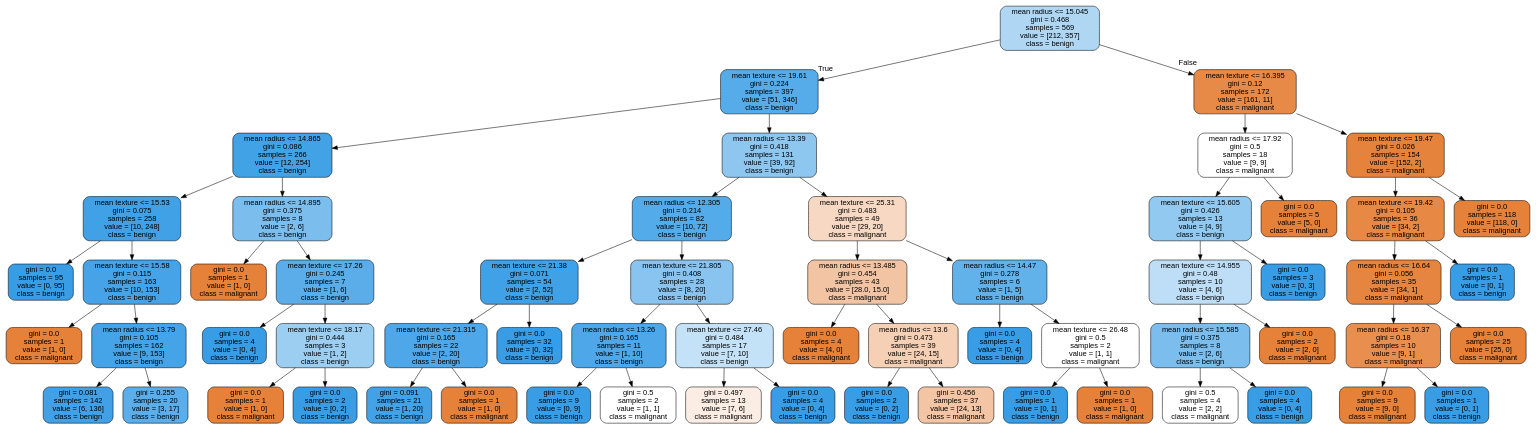
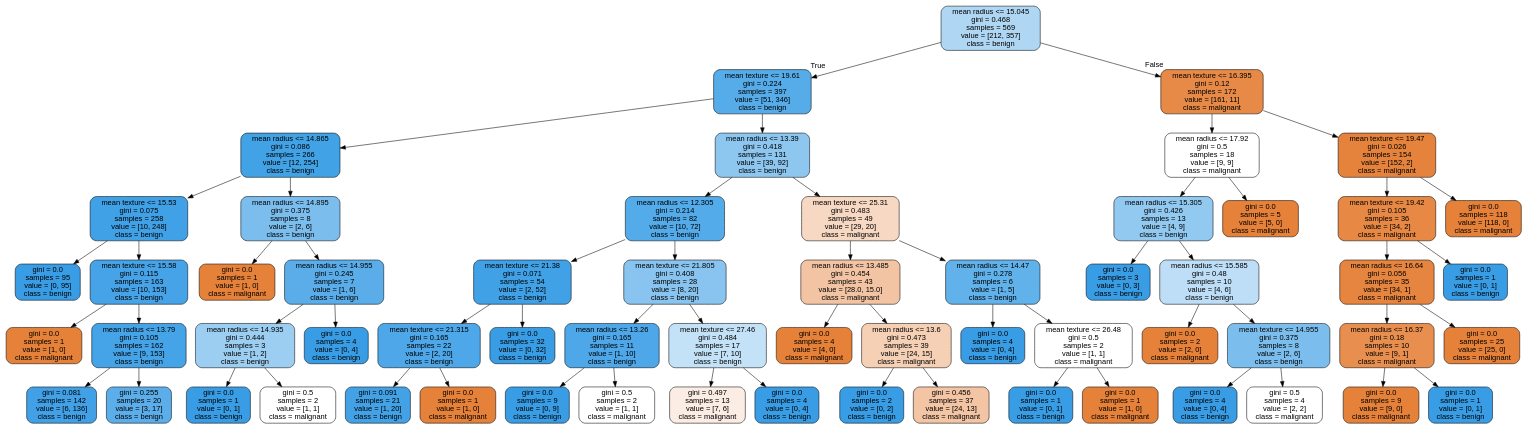
The diagram in week_4_homework/cancer images/cancer_tree_gini_deep6.dot (worachote1/Machine-Learning-Lab-KMITL), drawn with Graphviz before and after one commit. The commit also changed 12 other files, not shown here.

```diff
--- a/week_4_homework/cancer images/cancer_tree_gini_deep6.dot
+++ b/week_4_homework/cancer images/cancer_tree_gini_deep6.dot
@@ -1,125 +1,125 @@
 digraph Tree {
 node [shape=box, style="filled, rounded", color="black", fontname="helvetica"] ;
 edge [fontname="helvetica"] ;
 0 [label="mean radius <= 15.045\ngini = 0.468\nsamples = 569\nvalue = [212, 357]\nclass = benign", fillcolor="#afd7f4"] ;
 1 [label="mean texture <= 19.61\ngini = 0.224\nsamples = 397\nvalue = [51, 346]\nclass = benign", fillcolor="#56abe9"] ;
 0 -> 1 [labeldistance=2.5, labelangle=45, headlabel="True"] ;
 2 [label="mean radius <= 14.865\ngini = 0.086\nsamples = 266\nvalue = [12, 254]\nclass = benign", fillcolor="#42a2e6"] ;
 1 -> 2 ;
 3 [label="mean texture <= 15.53\ngini = 0.075\nsamples = 258\nvalue = [10, 248]\nclass = benign", fillcolor="#41a1e6"] ;
 2 -> 3 ;
 4 [label="gini = 0.0\nsamples = 95\nvalue = [0, 95]\nclass = benign", fillcolor="#399de5"] ;
 3 -> 4 ;
 5 [label="mean texture <= 15.58\ngini = 0.115\nsamples = 163\nvalue = [10, 153]\nclass = benign", fillcolor="#46a3e7"] ;
 3 -> 5 ;
 6 [label="gini = 0.0\nsamples = 1\nvalue = [1, 0]\nclass = malignant", fillcolor="#e58139"] ;
 5 -> 6 ;
 7 [label="mean radius <= 13.79\ngini = 0.105\nsamples = 162\nvalue = [9, 153]\nclass = benign", fillcolor="#45a3e7"] ;
 5 -> 7 ;
 8 [label="gini = 0.081\nsamples = 142\nvalue = [6, 136]\nclass = benign", fillcolor="#42a1e6"] ;
 7 -> 8 ;
 9 [label="gini = 0.255\nsamples = 20\nvalue = [3, 17]\nclass = benign", fillcolor="#5caeea"] ;
 7 -> 9 ;
 10 [label="mean radius <= 14.895\ngini = 0.375\nsamples = 8\nvalue = [2, 6]\nclass = benign", fillcolor="#7bbeee"] ;
 2 -> 10 ;
 11 [label="gini = 0.0\nsamples = 1\nvalue = [1, 0]\nclass = malignant", fillcolor="#e58139"] ;
 10 -> 11 ;
-12 [label="mean texture <= 17.26\ngini = 0.245\nsamples = 7\nvalue = [1, 6]\nclass = benign", fillcolor="#5aade9"] ;
+12 [label="mean radius <= 14.955\ngini = 0.245\nsamples = 7\nvalue = [1, 6]\nclass = benign", fillcolor="#5aade9"] ;
 10 -> 12 ;
-13 [label="gini = 0.0\nsamples = 4\nvalue = [0, 4]\nclass = benign", fillcolor="#399de5"] ;
+13 [label="mean radius <= 14.935\ngini = 0.444\nsamples = 3\nvalue = [1, 2]\nclass = benign", fillcolor="#9ccef2"] ;
 12 -> 13 ;
-14 [label="mean texture <= 18.17\ngini = 0.444\nsamples = 3\nvalue = [1, 2]\nclass = benign", fillcolor="#9ccef2"] ;
-12 -> 14 ;
-15 [label="gini = 0.0\nsamples = 1\nvalue = [1, 0]\nclass = malignant", fillcolor="#e58139"] ;
-14 -> 15 ;
-16 [label="gini = 0.0\nsamples = 2\nvalue = [0, 2]\nclass = benign", fillcolor="#399de5"] ;
-14 -> 16 ;
+14 [label="gini = 0.0\nsamples = 1\nvalue = [0, 1]\nclass = benign", fillcolor="#399de5"] ;
+13 -> 14 ;
+15 [label="gini = 0.5\nsamples = 2\nvalue = [1, 1]\nclass = malignant", fillcolor="#ffffff"] ;
+13 -> 15 ;
+16 [label="gini = 0.0\nsamples = 4\nvalue = [0, 4]\nclass = benign", fillcolor="#399de5"] ;
+12 -> 16 ;
 17 [label="mean radius <= 13.39\ngini = 0.418\nsamples = 131\nvalue = [39, 92]\nclass = benign", fillcolor="#8dc7f0"] ;
 1 -> 17 ;
 18 [label="mean radius <= 12.305\ngini = 0.214\nsamples = 82\nvalue = [10, 72]\nclass = benign", fillcolor="#54abe9"] ;
 17 -> 18 ;
 19 [label="mean texture <= 21.38\ngini = 0.071\nsamples = 54\nvalue = [2, 52]\nclass = benign", fillcolor="#41a1e6"] ;
 18 -> 19 ;
 20 [label="mean texture <= 21.315\ngini = 0.165\nsamples = 22\nvalue = [2, 20]\nclass = benign", fillcolor="#4da7e8"] ;
 19 -> 20 ;
 21 [label="gini = 0.091\nsamples = 21\nvalue = [1, 20]\nclass = benign", fillcolor="#43a2e6"] ;
 20 -> 21 ;
 22 [label="gini = 0.0\nsamples = 1\nvalue = [1, 0]\nclass = malignant", fillcolor="#e58139"] ;
 20 -> 22 ;
 23 [label="gini = 0.0\nsamples = 32\nvalue = [0, 32]\nclass = benign", fillcolor="#399de5"] ;
 19 -> 23 ;
 24 [label="mean texture <= 21.805\ngini = 0.408\nsamples = 28\nvalue = [8, 20]\nclass = benign", fillcolor="#88c4ef"] ;
 18 -> 24 ;
 25 [label="mean radius <= 13.26\ngini = 0.165\nsamples = 11\nvalue = [1, 10]\nclass = benign", fillcolor="#4da7e8"] ;
 24 -> 25 ;
 26 [label="gini = 0.0\nsamples = 9\nvalue = [0, 9]\nclass = benign", fillcolor="#399de5"] ;
 25 -> 26 ;
 27 [label="gini = 0.5\nsamples = 2\nvalue = [1, 1]\nclass = malignant", fillcolor="#ffffff"] ;
 25 -> 27 ;
 28 [label="mean texture <= 27.46\ngini = 0.484\nsamples = 17\nvalue = [7, 10]\nclass = benign", fillcolor="#c4e2f7"] ;
 24 -> 28 ;
 29 [label="gini = 0.497\nsamples = 13\nvalue = [7, 6]\nclass = malignant", fillcolor="#fbede3"] ;
 28 -> 29 ;
 30 [label="gini = 0.0\nsamples = 4\nvalue = [0, 4]\nclass = benign", fillcolor="#399de5"] ;
 28 -> 30 ;
 31 [label="mean texture <= 25.31\ngini = 0.483\nsamples = 49\nvalue = [29, 20]\nclass = malignant", fillcolor="#f7d8c2"] ;
 17 -> 31 ;
 32 [label="mean radius <= 13.485\ngini = 0.454\nsamples = 43\nvalue = [28.0, 15.0]\nclass = malignant", fillcolor="#f3c4a3"] ;
 31 -> 32 ;
 33 [label="gini = 0.0\nsamples = 4\nvalue = [4, 0]\nclass = malignant", fillcolor="#e58139"] ;
 32 -> 33 ;
 34 [label="mean radius <= 13.6\ngini = 0.473\nsamples = 39\nvalue = [24, 15]\nclass = malignant", fillcolor="#f5d0b5"] ;
 32 -> 34 ;
 35 [label="gini = 0.0\nsamples = 2\nvalue = [0, 2]\nclass = benign", fillcolor="#399de5"] ;
 34 -> 35 ;
 36 [label="gini = 0.456\nsamples = 37\nvalue = [24, 13]\nclass = malignant", fillcolor="#f3c5a4"] ;
 34 -> 36 ;
 37 [label="mean radius <= 14.47\ngini = 0.278\nsamples = 6\nvalue = [1, 5]\nclass = benign", fillcolor="#61b1ea"] ;
 31 -> 37 ;
 38 [label="gini = 0.0\nsamples = 4\nvalue = [0, 4]\nclass = benign", fillcolor="#399de5"] ;
 37 -> 38 ;
 39 [label="mean texture <= 26.48\ngini = 0.5\nsamples = 2\nvalue = [1, 1]\nclass = malignant", fillcolor="#ffffff"] ;
 37 -> 39 ;
 40 [label="gini = 0.0\nsamples = 1\nvalue = [0, 1]\nclass = benign", fillcolor="#399de5"] ;
 39 -> 40 ;
 41 [label="gini = 0.0\nsamples = 1\nvalue = [1, 0]\nclass = malignant", fillcolor="#e58139"] ;
 39 -> 41 ;
 42 [label="mean texture <= 16.395\ngini = 0.12\nsamples = 172\nvalue = [161, 11]\nclass = malignant", fillcolor="#e78a47"] ;
 0 -> 42 [labeldistance=2.5, labelangle=-45, headlabel="False"] ;
 43 [label="mean radius <= 17.92\ngini = 0.5\nsamples = 18\nvalue = [9, 9]\nclass = malignant", fillcolor="#ffffff"] ;
 42 -> 43 ;
-44 [label="mean texture <= 15.605\ngini = 0.426\nsamples = 13\nvalue = [4, 9]\nclass = benign", fillcolor="#91c9f1"] ;
+44 [label="mean radius <= 15.305\ngini = 0.426\nsamples = 13\nvalue = [4, 9]\nclass = benign", fillcolor="#91c9f1"] ;
 43 -> 44 ;
-45 [label="mean texture <= 14.955\ngini = 0.48\nsamples = 10\nvalue = [4, 6]\nclass = benign", fillcolor="#bddef6"] ;
+45 [label="gini = 0.0\nsamples = 3\nvalue = [0, 3]\nclass = benign", fillcolor="#399de5"] ;
 44 -> 45 ;
-46 [label="mean radius <= 15.585\ngini = 0.375\nsamples = 8\nvalue = [2, 6]\nclass = benign", fillcolor="#7bbeee"] ;
-45 -> 46 ;
-47 [label="gini = 0.5\nsamples = 4\nvalue = [2, 2]\nclass = malignant", fillcolor="#ffffff"] ;
+46 [label="mean radius <= 15.585\ngini = 0.48\nsamples = 10\nvalue = [4, 6]\nclass = benign", fillcolor="#bddef6"] ;
+44 -> 46 ;
+47 [label="gini = 0.0\nsamples = 2\nvalue = [2, 0]\nclass = malignant", fillcolor="#e58139"] ;
 46 -> 47 ;
-48 [label="gini = 0.0\nsamples = 4\nvalue = [0, 4]\nclass = benign", fillcolor="#399de5"] ;
+48 [label="mean texture <= 14.955\ngini = 0.375\nsamples = 8\nvalue = [2, 6]\nclass = benign", fillcolor="#7bbeee"] ;
 46 -> 48 ;
-49 [label="gini = 0.0\nsamples = 2\nvalue = [2, 0]\nclass = malignant", fillcolor="#e58139"] ;
-45 -> 49 ;
-50 [label="gini = 0.0\nsamples = 3\nvalue = [0, 3]\nclass = benign", fillcolor="#399de5"] ;
-44 -> 50 ;
+49 [label="gini = 0.0\nsamples = 4\nvalue = [0, 4]\nclass = benign", fillcolor="#399de5"] ;
+48 -> 49 ;
+50 [label="gini = 0.5\nsamples = 4\nvalue = [2, 2]\nclass = malignant", fillcolor="#ffffff"] ;
+48 -> 50 ;
 51 [label="gini = 0.0\nsamples = 5\nvalue = [5, 0]\nclass = malignant", fillcolor="#e58139"] ;
 43 -> 51 ;
 52 [label="mean texture <= 19.47\ngini = 0.026\nsamples = 154\nvalue = [152, 2]\nclass = malignant", fillcolor="#e5833c"] ;
 42 -> 52 ;
 53 [label="mean texture <= 19.42\ngini = 0.105\nsamples = 36\nvalue = [34, 2]\nclass = malignant", fillcolor="#e78845"] ;
 52 -> 53 ;
 54 [label="mean radius <= 16.64\ngini = 0.056\nsamples = 35\nvalue = [34, 1]\nclass = malignant", fillcolor="#e6853f"] ;
 53 -> 54 ;
 55 [label="mean radius <= 16.37\ngini = 0.18\nsamples = 10\nvalue = [9, 1]\nclass = malignant", fillcolor="#e88f4f"] ;
 54 -> 55 ;
 56 [label="gini = 0.0\nsamples = 9\nvalue = [9, 0]\nclass = malignant", fillcolor="#e58139"] ;
 55 -> 56 ;
 57 [label="gini = 0.0\nsamples = 1\nvalue = [0, 1]\nclass = benign", fillcolor="#399de5"] ;
 55 -> 57 ;
 58 [label="gini = 0.0\nsamples = 25\nvalue = [25, 0]\nclass = malignant", fillcolor="#e58139"] ;
 54 -> 58 ;
 59 [label="gini = 0.0\nsamples = 1\nvalue = [0, 1]\nclass = benign", fillcolor="#399de5"] ;
 53 -> 59 ;
 60 [label="gini = 0.0\nsamples = 118\nvalue = [118, 0]\nclass = malignant", fillcolor="#e58139"] ;
 52 -> 60 ;
 }
```
